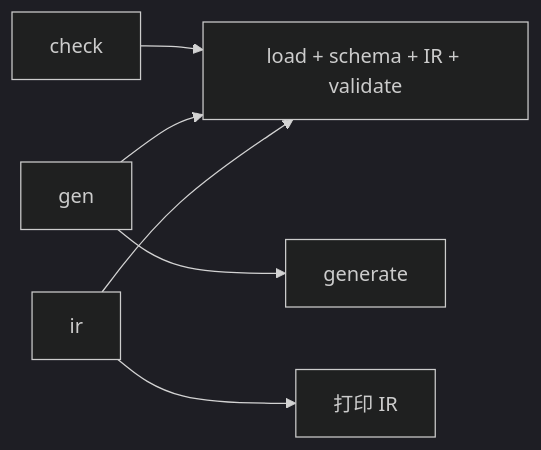
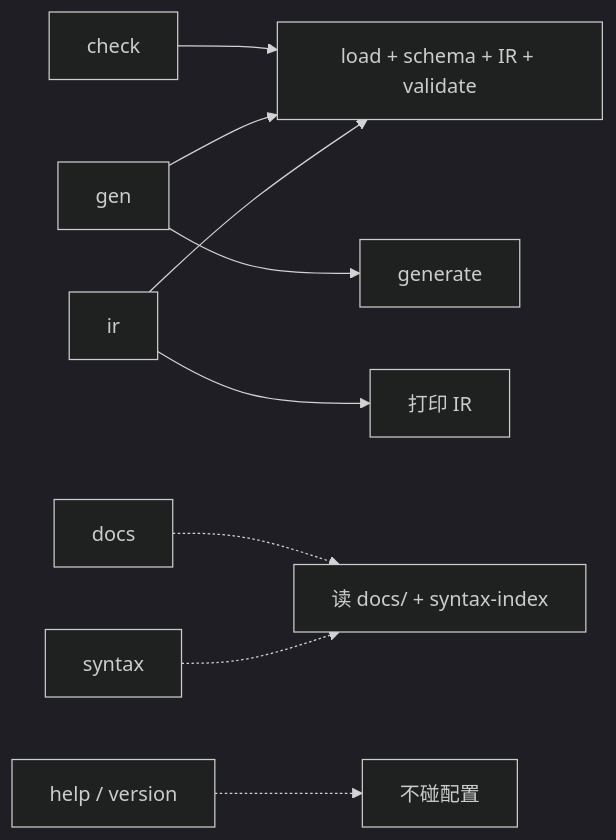
The third of 3 diagrams in docs/part4-design/1-architecture.md (Leonardo-lijianan/polyforge), drawn with Mermaid (dark theme) before and after one commit. The commit also changed other lines of this file and 18 other files, not shown here.

````diff
--- a/docs/part4-design/1-architecture.md
+++ b/docs/part4-design/1-architecture.md
@@ -56,8 +56,11 @@
 ```mermaid
 flowchart LR
   C["check"] --> A["load + schema + IR + validate"]
   G["gen"] --> A
   G --> W["generate"]
   I["ir"] --> A
   I --> P["打印 IR"]
+  D["docs"] -.-> F["读 docs/ + syntax-index"]
+  S["syntax"] -.-> F
+  H["help / version"] -.-> N["不碰配置"]
 ```
````
